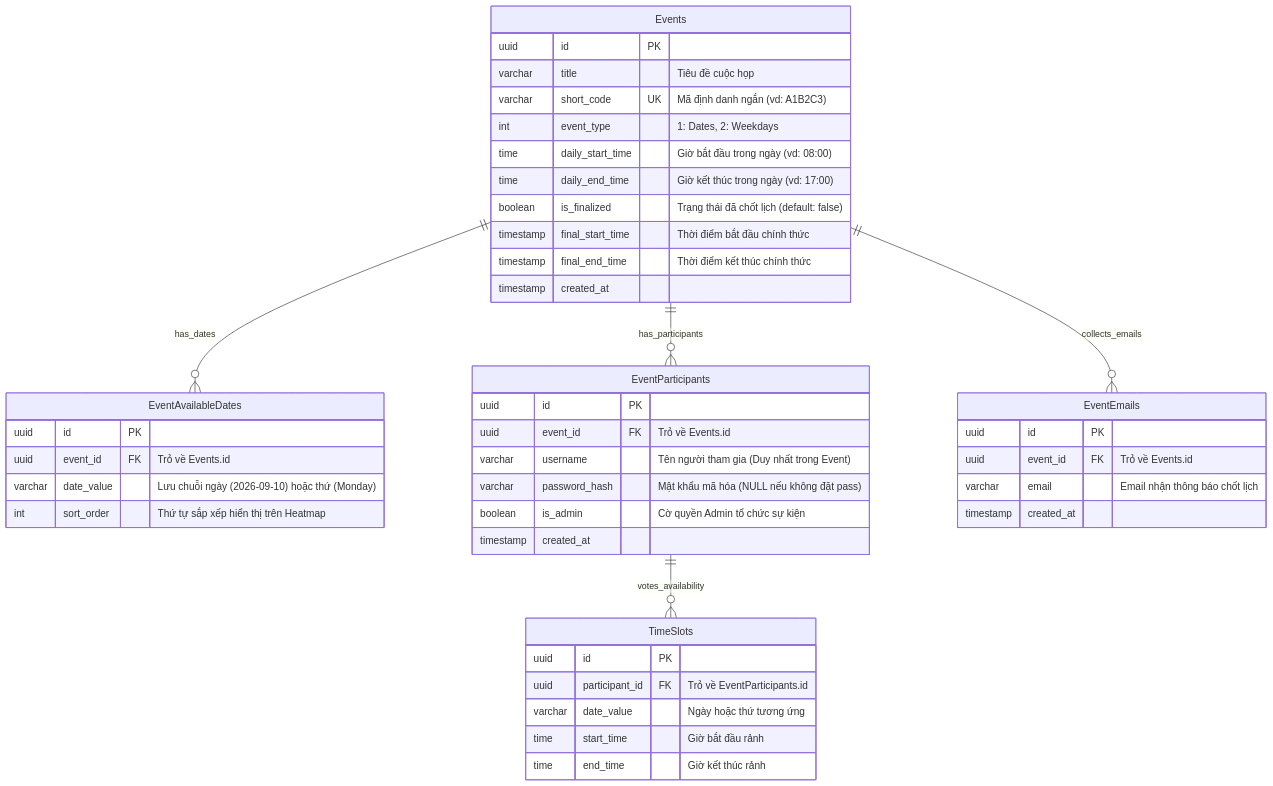
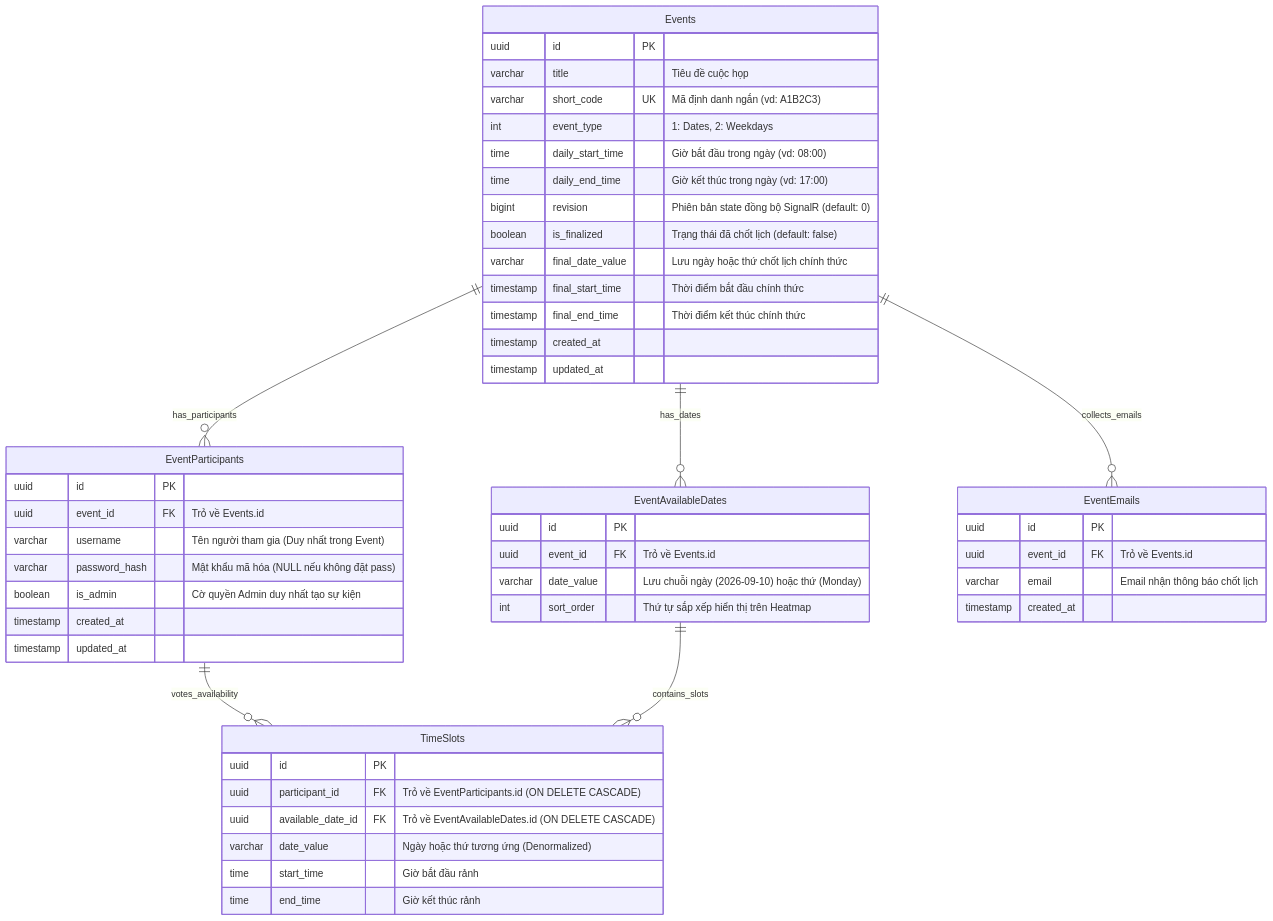
Before and after one commit to 161seconds/document-first-brief: the diagram in meetly/Context/Database_Architecture.md, drawn with Mermaid. The commit also changed other lines of this file and 7 other files, not shown here.

Commit message:
docs: add API and SignalR contracts, database architecture, gap analysis, and SCM documentation

````diff
--- a/meetly/Context/Database_Architecture.md
+++ b/meetly/Context/Database_Architecture.md
@@ -12,51 +12,57 @@
 ```mermaid
 erDiagram
     Events ||--o{ EventAvailableDates : "has_dates"
     Events ||--o{ EventParticipants : "has_participants"
     Events ||--o{ EventEmails : "collects_emails"
     EventParticipants ||--o{ TimeSlots : "votes_availability"
+    EventAvailableDates ||--o{ TimeSlots : "contains_slots"
 
     Events {
         uuid id PK
         varchar title "Tiêu đề cuộc họp"
         varchar short_code UK "Mã định danh ngắn (vd: A1B2C3)"
         int event_type "1: Dates, 2: Weekdays"
         time daily_start_time "Giờ bắt đầu trong ngày (vd: 08:00)"
         time daily_end_time "Giờ kết thúc trong ngày (vd: 17:00)"
+        bigint revision "Phiên bản state đồng bộ SignalR (default: 0)"
         boolean is_finalized "Trạng thái đã chốt lịch (default: false)"
+        varchar final_date_value "Lưu ngày hoặc thứ chốt lịch chính thức"
         timestamp final_start_time "Thời điểm bắt đầu chính thức"
         timestamp final_end_time "Thời điểm kết thúc chính thức"
         timestamp created_at
+        timestamp updated_at
     }
 
     EventAvailableDates {
         uuid id PK
         uuid event_id FK "Trỏ về Events.id"
         varchar date_value "Lưu chuỗi ngày (2026-09-10) hoặc thứ (Monday)"
         int sort_order "Thứ tự sắp xếp hiển thị trên Heatmap"
     }
 
     EventParticipants {
         uuid id PK
         uuid event_id FK "Trỏ về Events.id"
         varchar username "Tên người tham gia (Duy nhất trong Event)"
         varchar password_hash "Mật khẩu mã hóa (NULL nếu không đặt pass)"
-        boolean is_admin "Cờ quyền Admin tổ chức sự kiện"
+        boolean is_admin "Cờ quyền Admin duy nhất tạo sự kiện"
         timestamp created_at
+        timestamp updated_at
     }
 
     TimeSlots {
         uuid id PK
-        uuid participant_id FK "Trỏ về EventParticipants.id"
-        varchar date_value "Ngày hoặc thứ tương ứng"
+        uuid participant_id FK "Trỏ về EventParticipants.id (ON DELETE CASCADE)"
+        uuid available_date_id FK "Trỏ về EventAvailableDates.id (ON DELETE CASCADE)"
+        varchar date_value "Ngày hoặc thứ tương ứng (Denormalized)"
         time start_time "Giờ bắt đầu rảnh"
         time end_time "Giờ kết thúc rảnh"
     }
 
     EventEmails {
         uuid id PK
         uuid event_id FK "Trỏ về Events.id"
         varchar email "Email nhận thông báo chốt lịch"
         timestamp created_at
     }
 ```
````
